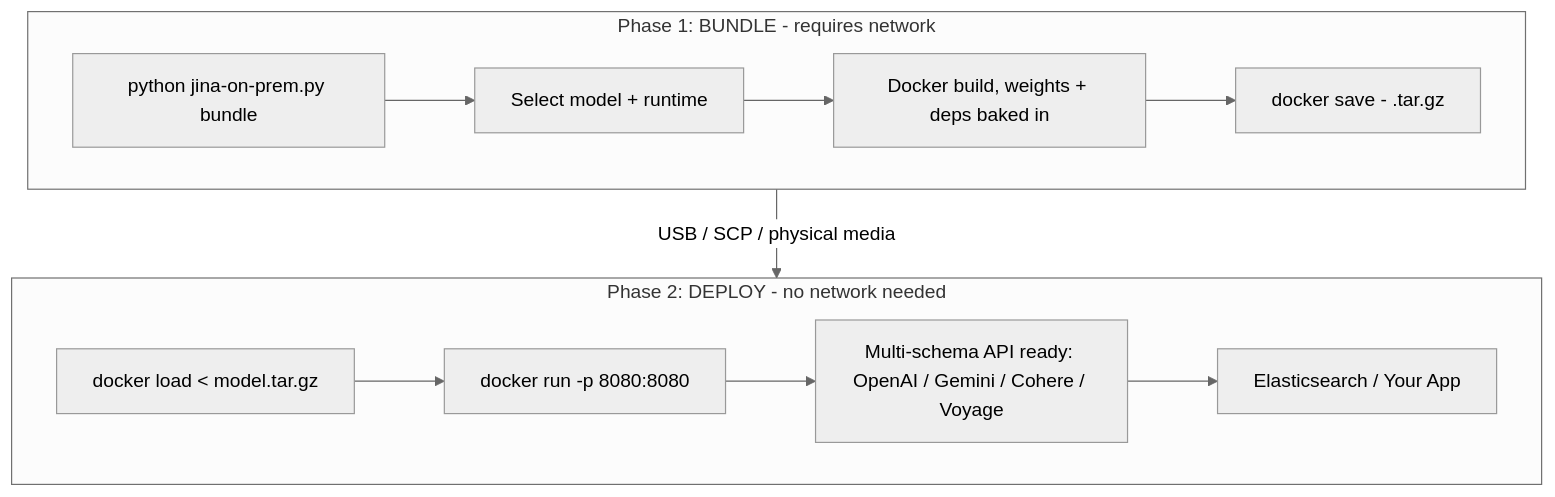
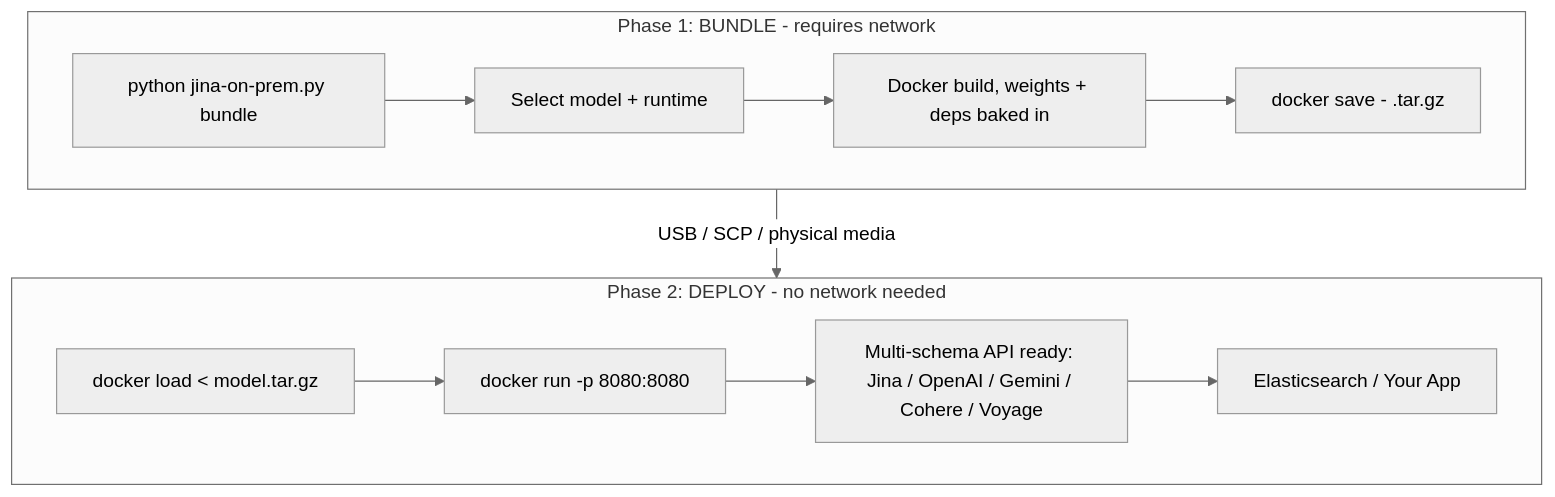
The diagram in README.md (jina-ai/jina-on-prem), drawn with Mermaid (neutral theme) before and after one commit. The commit also changed other lines of this file and 21 other files, not shown here.

````diff
--- a/README.md
+++ b/README.md
@@ -11,16 +11,16 @@
 ```mermaid
 flowchart TB
     subgraph Phase1["Phase 1: BUNDLE - requires network"]
         A["python jina-on-prem.py bundle"] --> B["Select model + runtime"]
         B --> C["Docker build, weights + deps baked in"]
         C --> D["docker save - .tar.gz"]
     end
 
     Phase1 -->|"USB / SCP / physical media"| Phase2
 
     subgraph Phase2["Phase 2: DEPLOY - no network needed"]
         E["docker load < model.tar.gz"] --> F["docker run -p 8080:8080"]
-        F --> G["Multi-schema API ready: OpenAI / Gemini / Cohere / Voyage"]
+        F --> G["Multi-schema API ready: Jina / OpenAI / Gemini / Cohere / Voyage"]
         G --> H["Elasticsearch / Your App"]
     end
 ```
````
